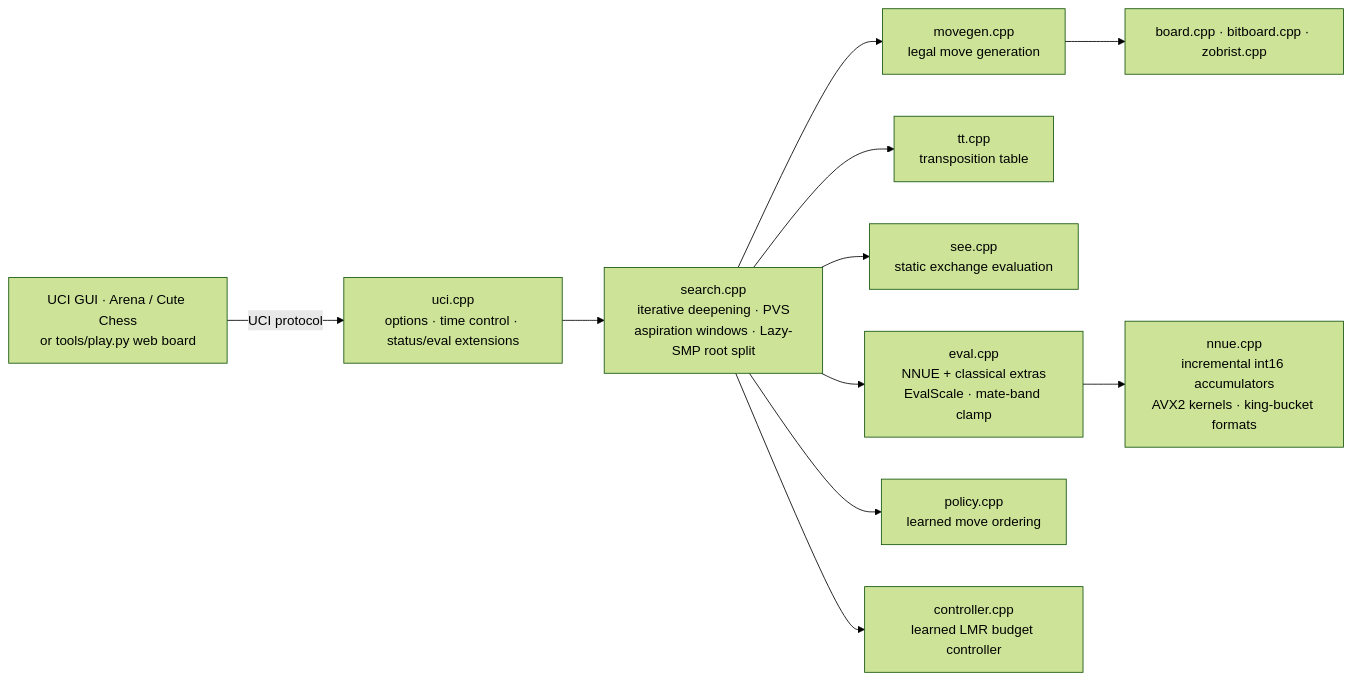
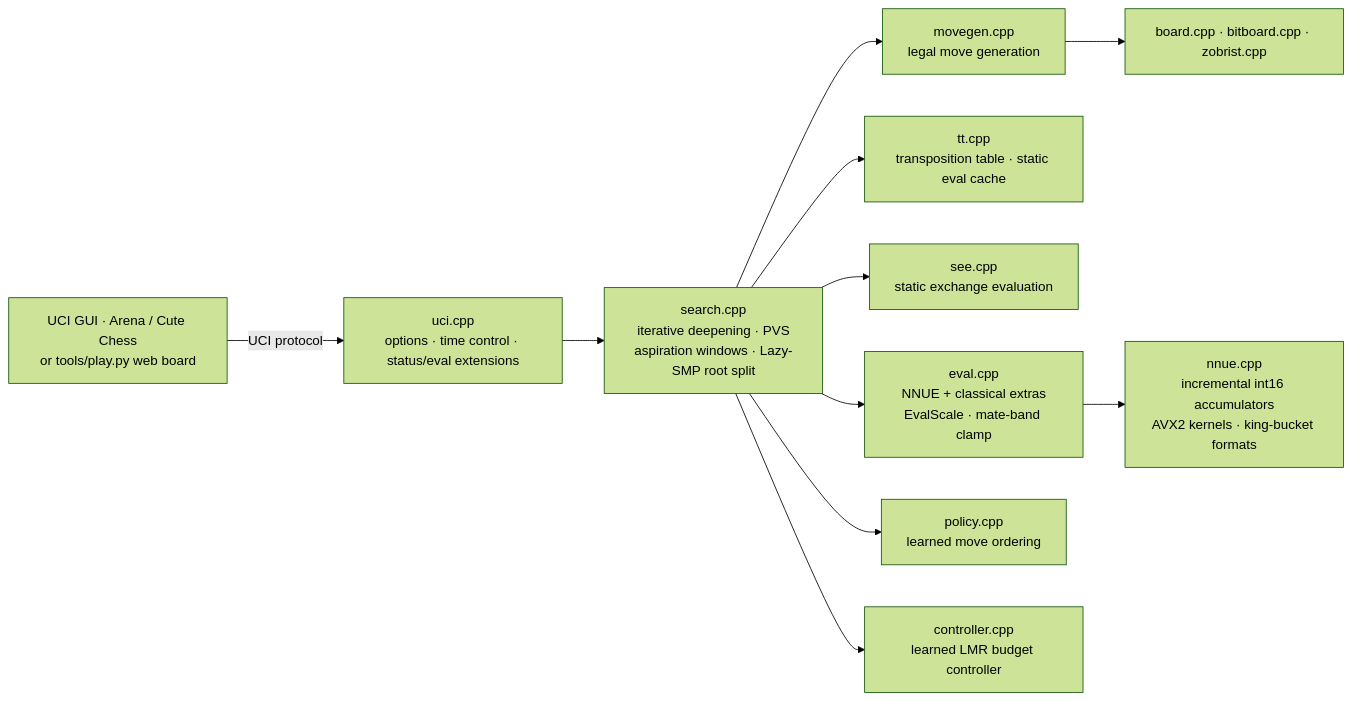
One commit to gonzalocolina/Optiline changed the first of 2 diagrams in README.md. Above: the diagram before and after it, drawn with Mermaid (forest theme). The commit also changed other lines of this file, not shown here.

Commit message:
docs: modernize and refine README with accurate metrics and pipeline flows

````diff
--- a/README.md
+++ b/README.md
@@ -90,13 +96,13 @@
 ```mermaid
 flowchart LR
     GUI["UCI GUI · Arena / Cute Chess<br/>or tools/play.py web board"] -->|"UCI protocol"| UCI["uci.cpp<br/>options · time control · status/eval extensions"]
     UCI --> SEARCH["search.cpp<br/>iterative deepening · PVS<br/>aspiration windows · Lazy-SMP root split"]
     SEARCH --> MG["movegen.cpp<br/>legal move generation"]
-    SEARCH --> TT["tt.cpp<br/>transposition table"]
+    SEARCH --> TT["tt.cpp<br/>transposition table · static eval cache"]
     SEARCH --> SEE["see.cpp<br/>static exchange evaluation"]
     SEARCH --> EVAL["eval.cpp<br/>NNUE + classical extras<br/>EvalScale · mate-band clamp"]
     EVAL --> NNUE["nnue.cpp<br/>incremental int16 accumulators<br/>AVX2 kernels · king-bucket formats"]
     SEARCH --> POL["policy.cpp<br/>learned move ordering"]
     SEARCH --> CTRL["controller.cpp<br/>learned LMR budget controller"]
     MG --> CORE["board.cpp · bitboard.cpp · zobrist.cpp"]
 ```
````
